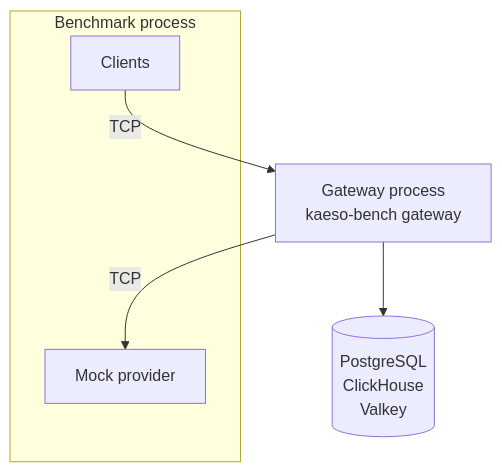
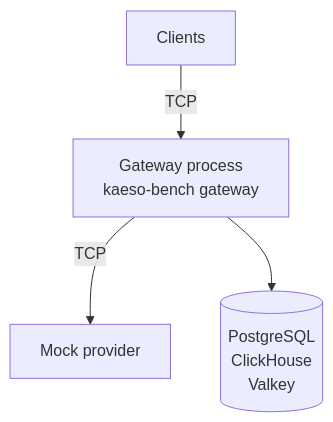
One commit to logicplanes/kaeso changed the diagram in apps/docs/content/en/development/benchmark.md. Above: the diagram before and after it, drawn with Mermaid. The commit also changed other lines of this file and 14 other files, not shown here.

Commit message:
Draw the benchmark's processes top to bottom so the diagram fits a phone, and space the stream counts

````diff
--- a/apps/docs/content/en/development/benchmark.md
+++ b/apps/docs/content/en/development/benchmark.md
@@ -19,12 +19,8 @@
 ```mermaid
 flowchart TD
   accTitle: The benchmark's processes
   accDescr: The clients send requests over TCP to the gateway, which runs in its own process with the development databases and calls the mock provider over TCP. The clients and the mock provider run in the benchmark's process.
-  subgraph bench [Benchmark process]
-    clients[Clients]:::outside
-    mock[Mock provider]:::outside
-  end
-  clients -- TCP --> gateway[Gateway process<br>kaeso-bench gateway]:::accent
-  gateway -- TCP --> mock
+  clients[Clients]:::outside -- TCP --> gateway[Gateway process<br>kaeso-bench gateway]:::accent
+  gateway -- TCP --> mock[Mock provider]:::outside
   gateway --> data[(PostgreSQL<br>ClickHouse<br>Valkey)]
 ```
````
